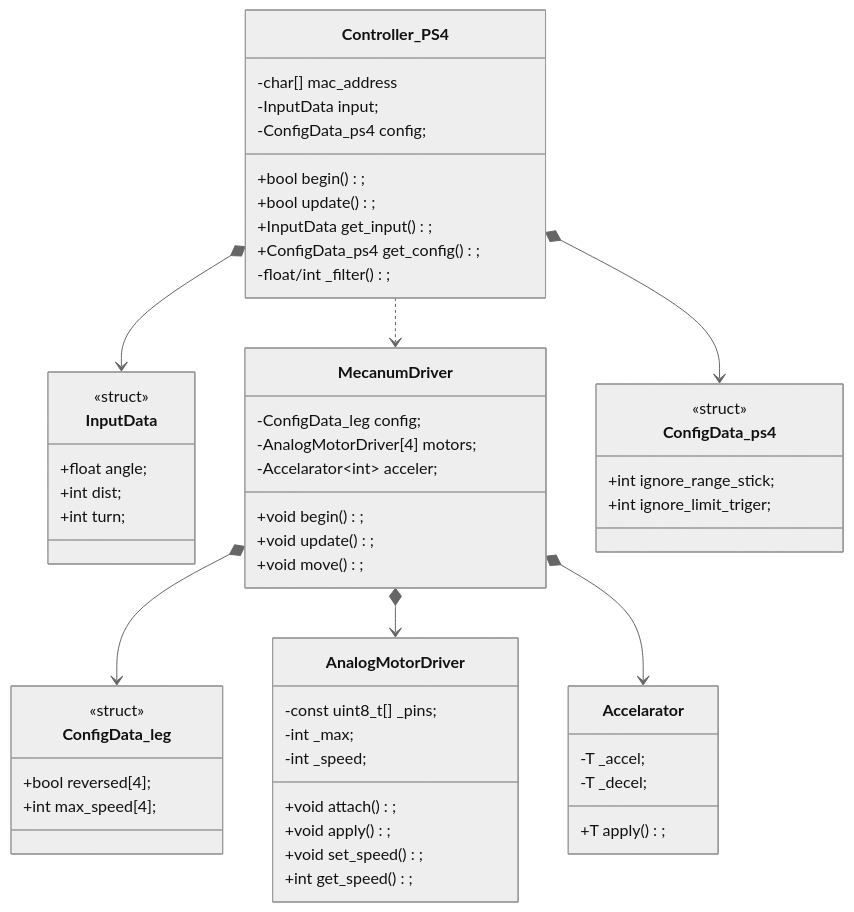
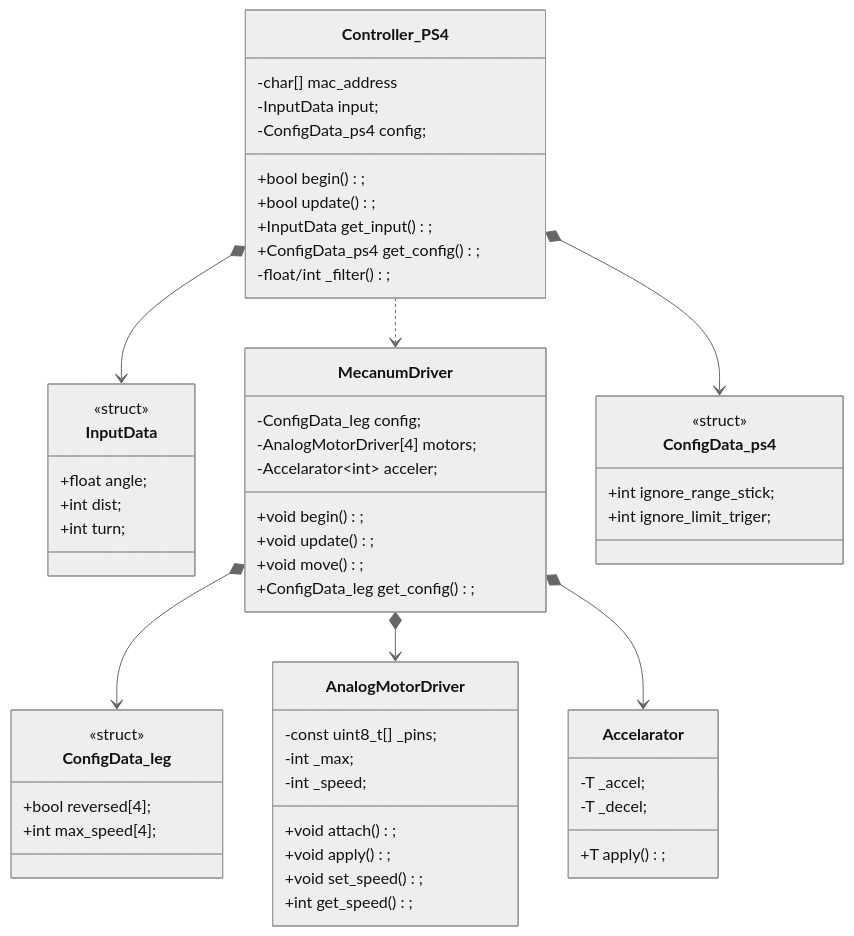
The second of 2 diagrams in README.md (Tomoooji/Planaria_renewal), drawn with Mermaid (neutral theme) before and after one commit. The commit also changed other lines of this file, not shown here.

````diff
--- a/README.md
+++ b/README.md
@@ -49,59 +46,60 @@
 ```mermaid
 classDiagram
     direction TD
     Controller_PS4 *--> InputData
     MecanumDriver *--> ConfigData_leg
     Controller_PS4 *--> ConfigData_ps4
     Controller_PS4 ..> MecanumDriver
     MecanumDriver *--> AnalogMotorDriver
     MecanumDriver *--> Accelarator
 
     class Controller_PS4{
         -char[] mac_address
         -InputData input;
         -ConfigData_ps4 config;
         +bool begin();
         +bool update();
         +InputData get_input();
         +ConfigData_ps4 get_config();
         -float/int _filter();
     }
     class InputData{
         <<struct>>
         +float angle;
         +int dist;
         +int turn;
     }
     class ConfigData_ps4{
         <<struct>>
         +int ignore_range_stick;
         +int ignore_limit_triger;
     }
     class MecanumDriver{
         -ConfigData_leg config;
         -AnalogMotorDriver[4] motors;
         -Accelarator~int~ acceler;
         +void begin();
         +void update();
         +void move();
+        +ConfigData_leg get_config();
     }
     class ConfigData_leg{
         <<struct>>
         +bool reversed[4];
         +int max_speed[4];
     }
     class AnalogMotorDriver{
         -const uint8_t[] _pins;
         -int _max;
         -int _speed;
         +void attach();
         +void apply();
         +void set_speed();
         +int get_speed();
     }
     class Accelarator~T~{
         -T _accel;
         -T _decel;
         +T apply();
     }
 ```
````
